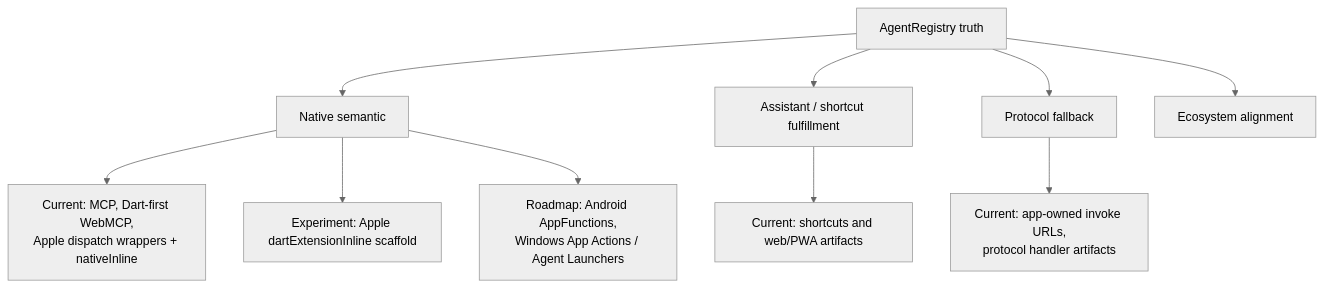
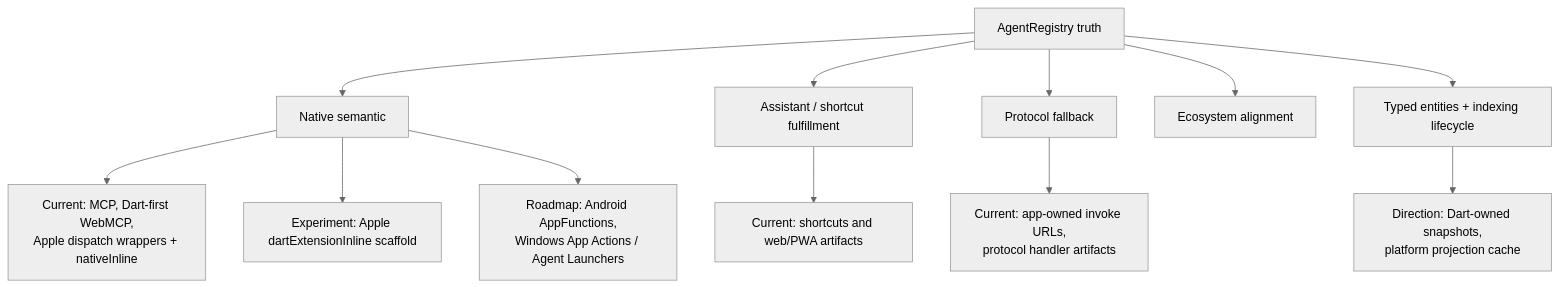
The diagram in docs/NORTH_STAR.mdx (Arenukvern/intentcall), drawn with Mermaid (neutral theme) before and after one commit. The commit also changed other lines of this file and 59 other files, not shown here.

````diff
--- a/docs/NORTH_STAR.mdx
+++ b/docs/NORTH_STAR.mdx
@@ -17,12 +17,14 @@
 ```mermaid
 flowchart TB
   registry["AgentRegistry truth"] --> native["Native semantic"]
   registry --> assistant["Assistant / shortcut fulfillment"]
   registry --> fallback["Protocol fallback"]
   registry --> ecosystem["Ecosystem alignment"]
+  registry --> entities["Typed entities + indexing lifecycle"]
   native --> nativeNow["Current: MCP, Dart-first WebMCP,\nApple dispatch wrappers + nativeInline"]
   native --> nativeExperiment["Experiment: Apple dartExtensionInline scaffold"]
   native --> nativeLater["Roadmap: Android AppFunctions,\nWindows App Actions / Agent Launchers"]
   assistant --> assistantNow["Current: shortcuts and web/PWA artifacts"]
   fallback --> fallbackNow["Current: app-owned invoke URLs,\nprotocol handler artifacts"]
+  entities --> entitiesNow["Direction: Dart-owned snapshots,\nplatform projection cache"]
 ```
````
